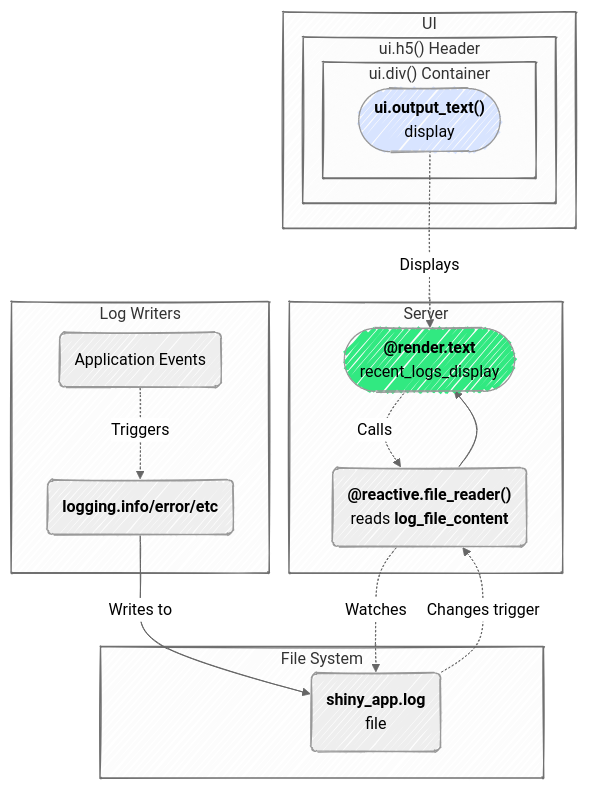
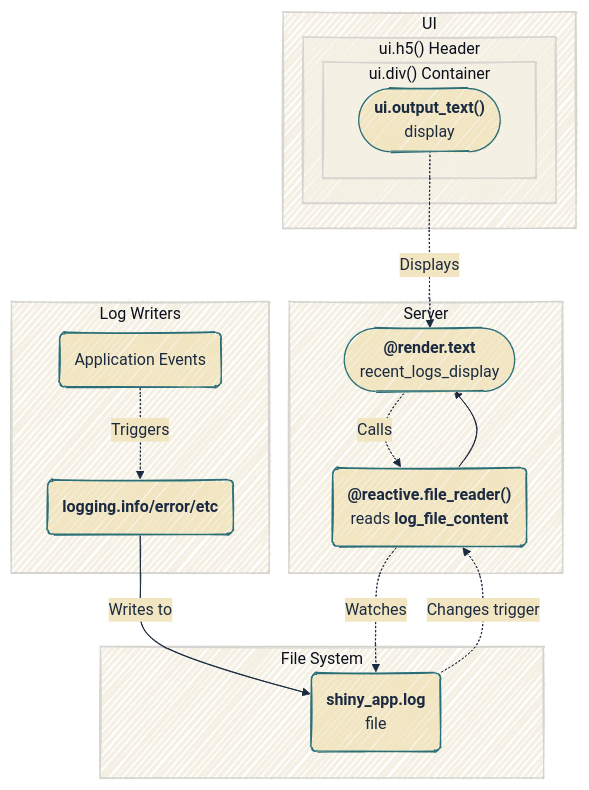
Diagram 11 of 15 in app-log-py.qmd (mjfrigaard/do4ds-labs), drawn with Mermaid before and after one commit. The commit also changed other lines of this file and 88 other files, not shown here.

````diff
--- a/app-log-py.qmd
+++ b/app-log-py.qmd
@@ -1338,38 +1311,36 @@
 ```{mermaid}
 %%| fig-cap: 'Log file monitoring architecture'
 %%| fig-width: 7.0
 %%| fig-align: center
-%%{init: {'theme': 'neutral', 'look': 'handDrawn', 'themeVariables': { 'fontFamily': 'monospace'}}}%%
+%%{init: {'theme': 'base', 'look': 'handDrawn', 'themeVariables': { 'fontFamily': 'monospace', 'primaryColor': '#F2E6C2', 'primaryBorderColor': '#2A6F77', 'primaryTextColor': '#1B2A41', 'secondaryColor': '#d4e7e4', 'tertiaryColor': '#f5f0e4', 'lineColor': '#1B2A41', 'edgeLabelBackground': '#F2E6C2'}}}%%
 
 graph TB
     subgraph UI["UI"]
 	    subgraph H5["ui.h5() Header"]
 		    subgraph DIV["ui.div() Container"]
 			    C(["<strong>ui.output_text()</strong><br>display"])
 		    end
 	    end
 
     end
     
     subgraph SERVER["Server"]
         D("<strong>@reactive.file_reader()</strong><br/>reads <strong>log_file_content</strong>") --> E(["<strong>@render.text</strong><br/>recent_logs_display"])
     end
     
     subgraph FS["File System"]
         F("<strong>shiny_app.log</strong><br>file")
     end
     
     subgraph WRITE["Log Writers"]
         G("Application Events") -.Triggers.-> H("<strong>logging.info/error/etc</strong>")
         H --"Writes to"--> F
     end
     
     C -.Displays.-> E
     E -.Calls.-> D
     D -.Watches.-> F
     F -.Changes trigger.-> D
     
-    style C fill:#d8e4ff
-    style E fill:#31e981
     
 ```
````
